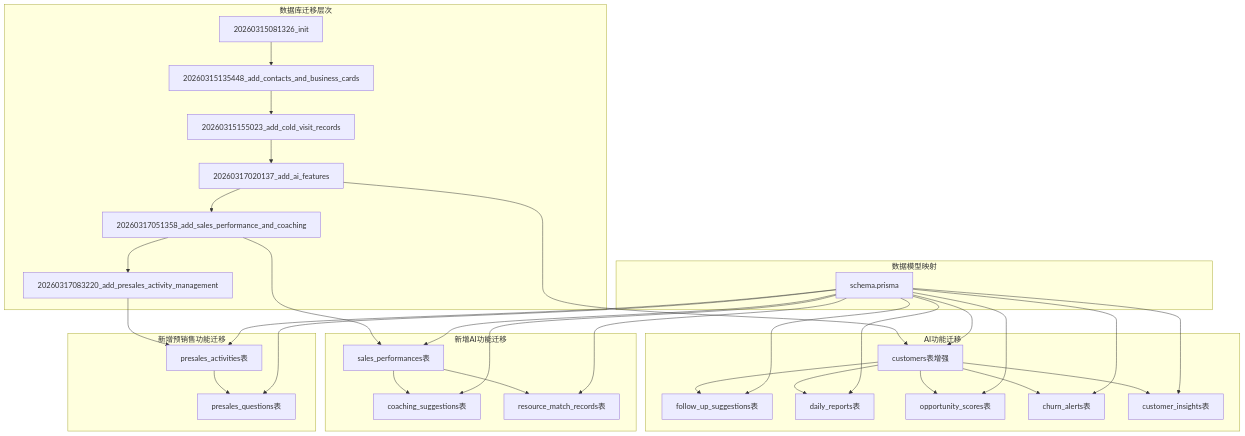
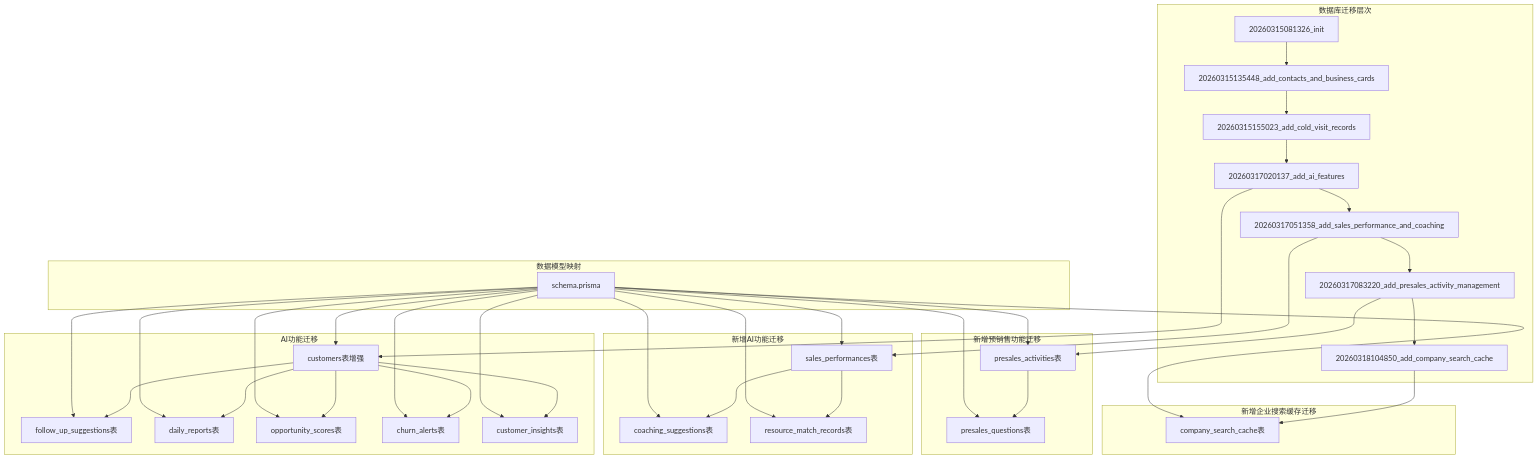
Diagram 16 of 19 in .qoder/repowiki/zh/content/Ai Audio Analysis.md (xianjianshenqu/SalesFlow-CRM), drawn with Mermaid before and after one commit. The commit also changed other lines of this file and 7 other files, not shown here.

````diff
--- a/.qoder/repowiki/zh/content/Ai Audio Analysis.md
+++ b/.qoder/repowiki/zh/content/Ai Audio Analysis.md
@@ -657,40 +931,45 @@
 ```mermaid
 graph TB
 subgraph "数据库迁移层次"
 M1[20260315081326_init] --> M2[20260315135448_add_contacts_and_business_cards]
 M2 --> M3[20260315155023_add_cold_visit_records]
 M3 --> M4[20260317020137_add_ai_features]
 M4 --> M5[20260317051358_add_sales_performance_and_coaching]
 M5 --> M6[20260317083220_add_presales_activity_management]
+M6 --> M7[20260318104850_add_company_search_cache]
 end
 subgraph "AI功能迁移"
 M4 --> T1[customers表增强]
 T1 --> T2[follow_up_suggestions表]
 T1 --> T3[daily_reports表]
 T1 --> T4[opportunity_scores表]
 T1 --> T5[churn_alerts表]
 T1 --> T6[customer_insights表]
 end
 subgraph "新增AI功能迁移"
 M5 --> T7[sales_performances表]
 T7 --> T8[coaching_suggestions表]
 T7 --> T9[resource_match_records表]
 end
 subgraph "新增预销售功能迁移"
 M6 --> T10[presales_activities表]
 T10 --> T11[presales_questions表]
 end
+subgraph "新增企业搜索缓存迁移"
+M7 --> T12[company_search_cache表]
+end
 subgraph "数据模型映射"
 S1[schema.prisma] --> T1
 S1 --> T2
 S1 --> T3
 S1 --> T4
 S1 --> T5
 S1 --> T6
 S1 --> T7
 S1 --> T8
 S1 --> T9
 S1 --> T10
 S1 --> T11
+S1 --> T12
 end
 ```
````
